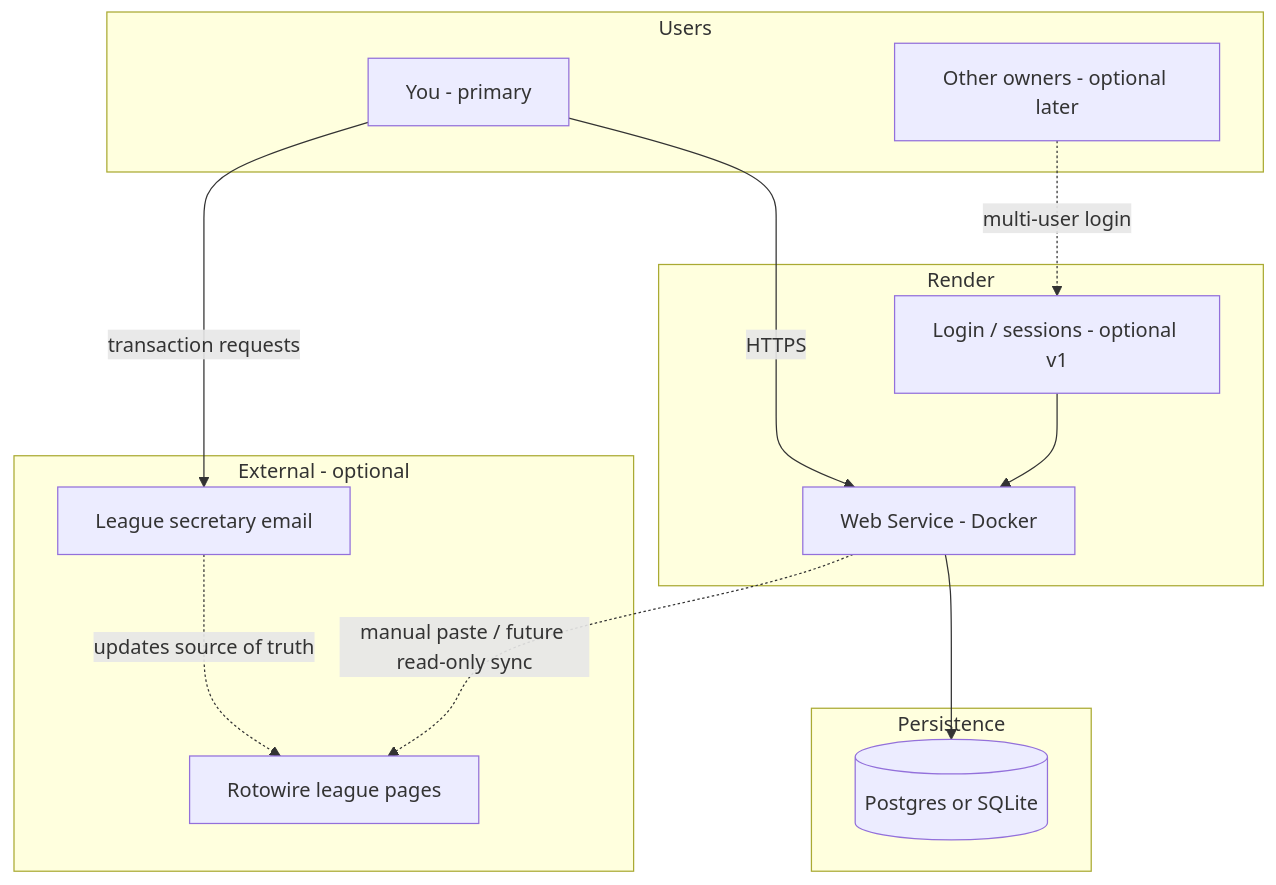
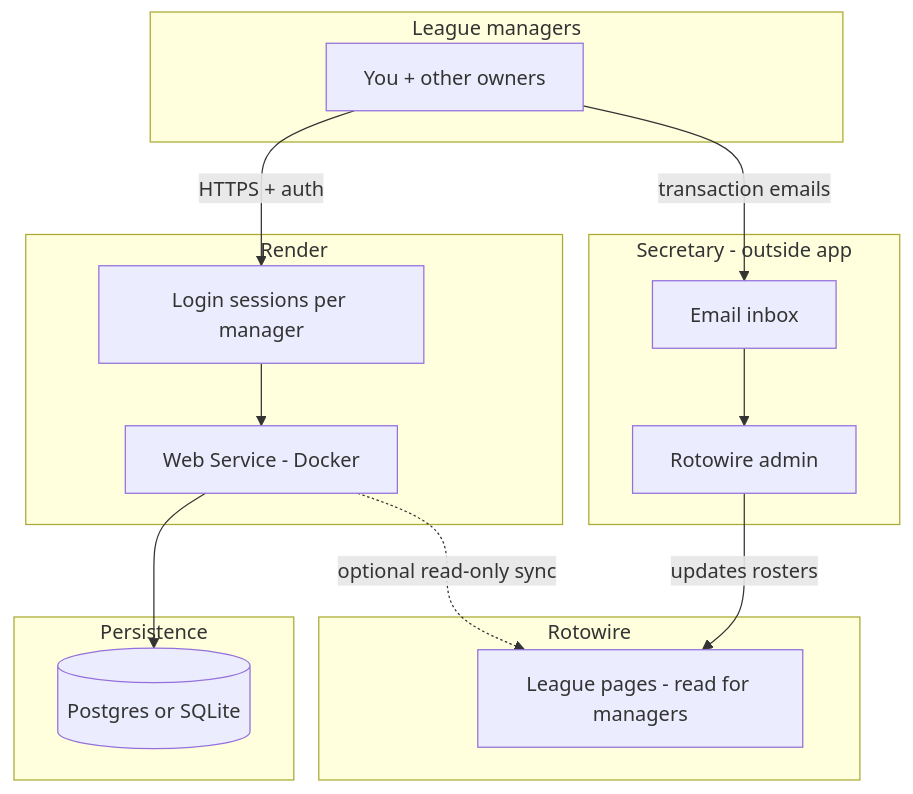
The second of 4 diagrams in plans/league-manager-render-docker.md (sergehb-git/siddfinch), drawn with Mermaid before and after one commit. The commit also changed other lines of this file, not shown here.

````diff
--- a/plans/league-manager-render-docker.md
+++ b/plans/league-manager-render-docker.md
@@ -141,29 +145,32 @@
 ```mermaid
 flowchart TB
-  subgraph users [Users]
-    Y[You - primary]
-    O[Other owners - optional later]
+  subgraph managers [League managers]
+    M1[You + other owners]
   end
 
   subgraph render [Render]
     W[Web Service - Docker]
-    A[Login / sessions - optional v1]
+    A[Login sessions per manager]
   end
 
   subgraph data [Persistence]
     DB[(Postgres or SQLite)]
   end
 
-  subgraph external [External - optional]
-    RW[Rotowire league pages]
-    SEC[League secretary email]
+  subgraph secretary [Secretary - outside app]
+    SEC[Email inbox]
+    RWwork[Rotowire admin]
   end
 
-  Y -->|HTTPS| W
-  O -.->|multi-user login| A
+  subgraph rotowire [Rotowire]
+    RW[League pages - read for managers]
+  end
+
+  M1 -->|HTTPS + auth| A
   A --> W
   W --> DB
-  W -.->|manual paste / future read-only sync| RW
-  Y -->|transaction requests| SEC
-  SEC -.->|updates source of truth| RW
+  W -.->|optional read-only sync| RW
+  M1 -->|transaction emails| SEC
+  SEC --> RWwork
+  RWwork -->|updates rosters| RW
 ```
````
